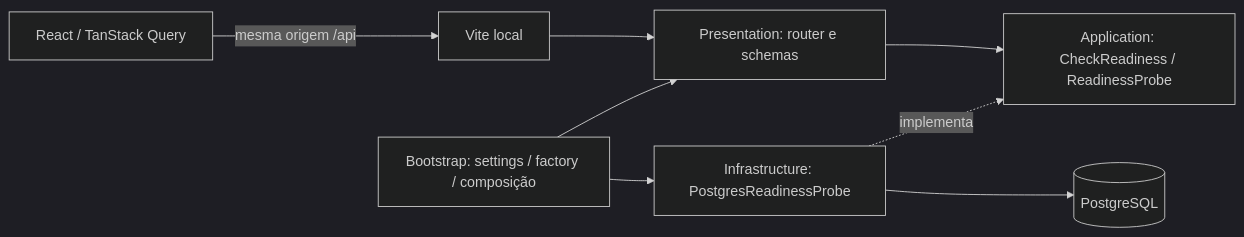
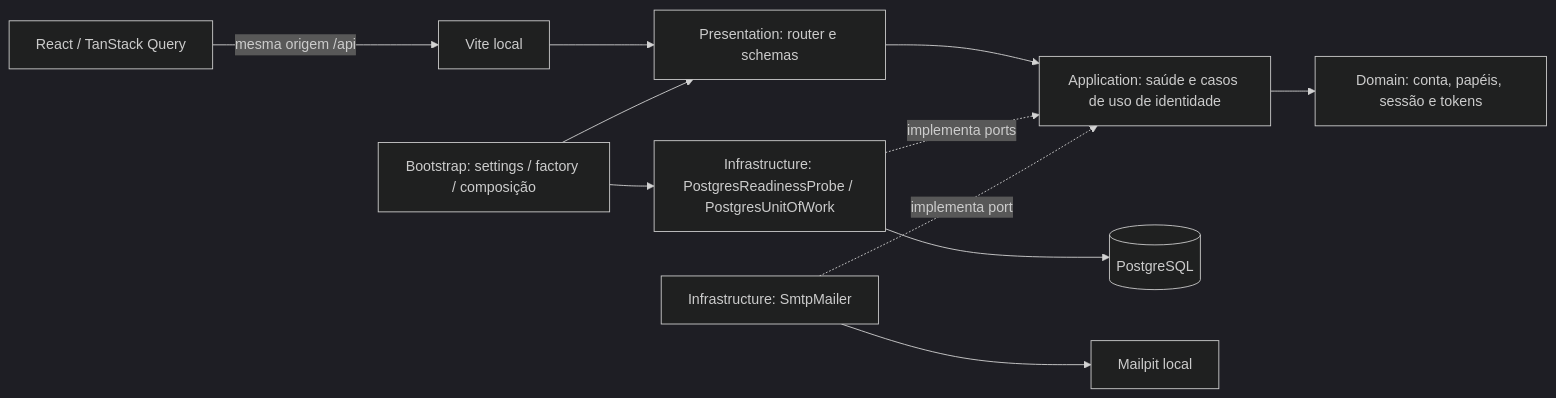
One commit to O-marqs/petland-2.0 changed the diagram in docs/architecture/README.md. Above: the diagram before and after it, drawn with Mermaid (dark theme). The commit also changed other lines of this file and 17 other files, not shown here.

````diff
--- a/docs/architecture/README.md
+++ b/docs/architecture/README.md
@@ -5,10 +5,13 @@
 ```mermaid
 flowchart LR
   Browser[React / TanStack Query] -->|mesma origem /api| Proxy[Vite local]
   Proxy --> HTTP[Presentation: router e schemas]
-  HTTP --> UC[Application: CheckReadiness / ReadinessProbe]
-  DBAdapter[Infrastructure: PostgresReadinessProbe] -. implementa .-> UC
+  HTTP --> UC[Application: saúde e casos de uso de identidade]
+  UC --> Domain[Domain: conta, papéis, sessão e tokens]
+  DBAdapter[Infrastructure: PostgresReadinessProbe / PostgresUnitOfWork] -. implementa ports .-> UC
   DBAdapter --> DB[(PostgreSQL)]
+  Mail[Infrastructure: SmtpMailer] -. implementa port .-> UC
+  Mail --> SMTP[Mailpit local]
   Bootstrap[Bootstrap: settings / factory / composição] --> HTTP
   Bootstrap --> DBAdapter
 ```
````
